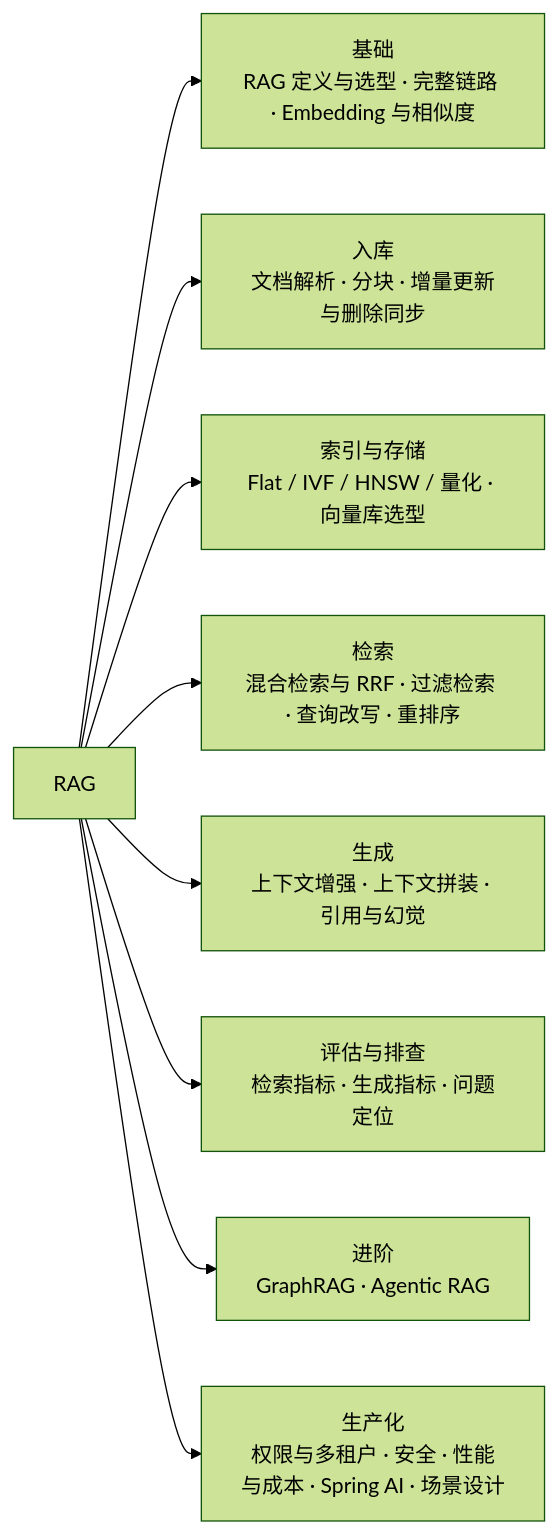
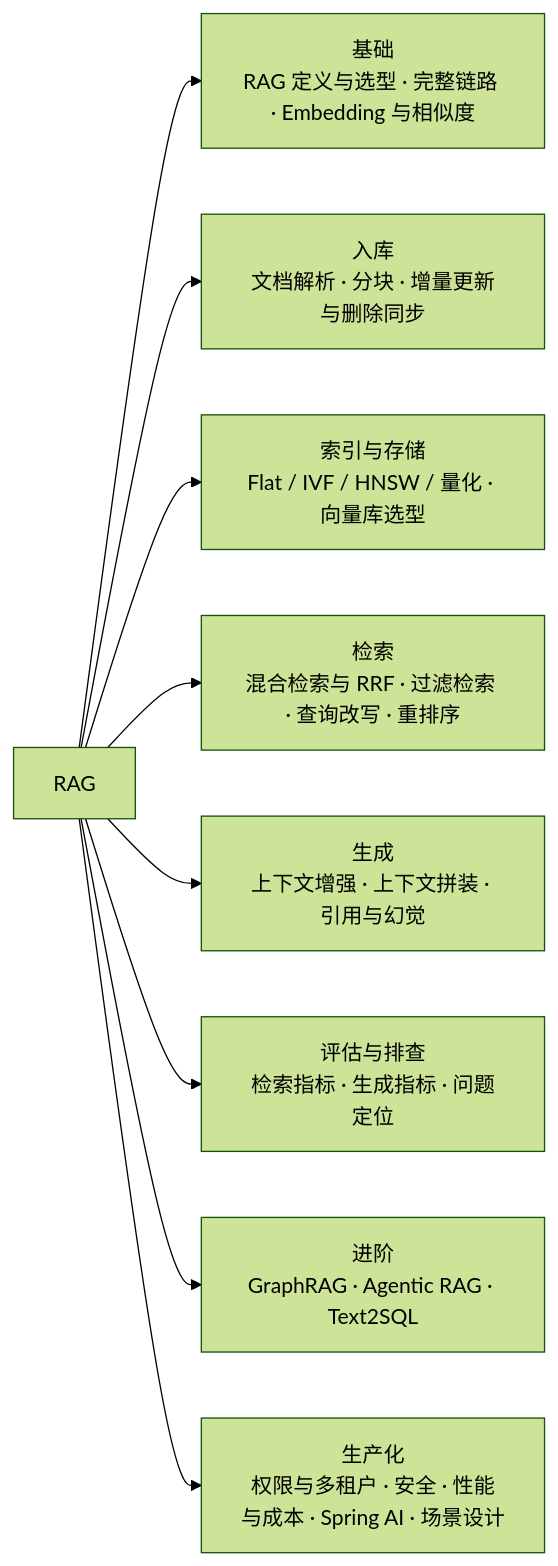
One commit to liulangjietou/interview changed the first of 27 diagrams in 11-AI应用工程/45-RAG.md. Above: the diagram before and after it, drawn with Mermaid (forest theme). The commit also changed other lines of this file and 2 other files, not shown here.

````diff
--- a/11-AI应用工程/45-RAG.md
+++ b/11-AI应用工程/45-RAG.md
@@ -22,11 +22,11 @@
 ```mermaid
 flowchart LR
     ROOT["RAG"] --> A["基础<br/>RAG 定义与选型 · 完整链路 · Embedding 与相似度"]
     ROOT --> B["入库<br/>文档解析 · 分块 · 增量更新与删除同步"]
     ROOT --> C["索引与存储<br/>Flat / IVF / HNSW / 量化 · 向量库选型"]
     ROOT --> D["检索<br/>混合检索与 RRF · 过滤检索 · 查询改写 · 重排序"]
     ROOT --> E["生成<br/>上下文增强 · 上下文拼装 · 引用与幻觉"]
     ROOT --> F["评估与排查<br/>检索指标 · 生成指标 · 问题定位"]
-    ROOT --> G["进阶<br/>GraphRAG · Agentic RAG"]
+    ROOT --> G["进阶<br/>GraphRAG · Agentic RAG · Text2SQL"]
     ROOT --> H["生产化<br/>权限与多租户 · 安全 · 性能与成本 · Spring AI · 场景设计"]
 ```
````
